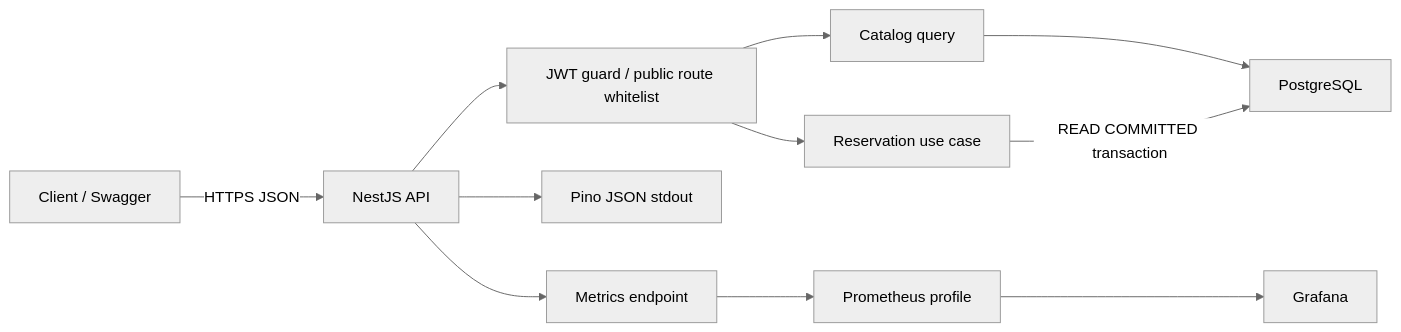
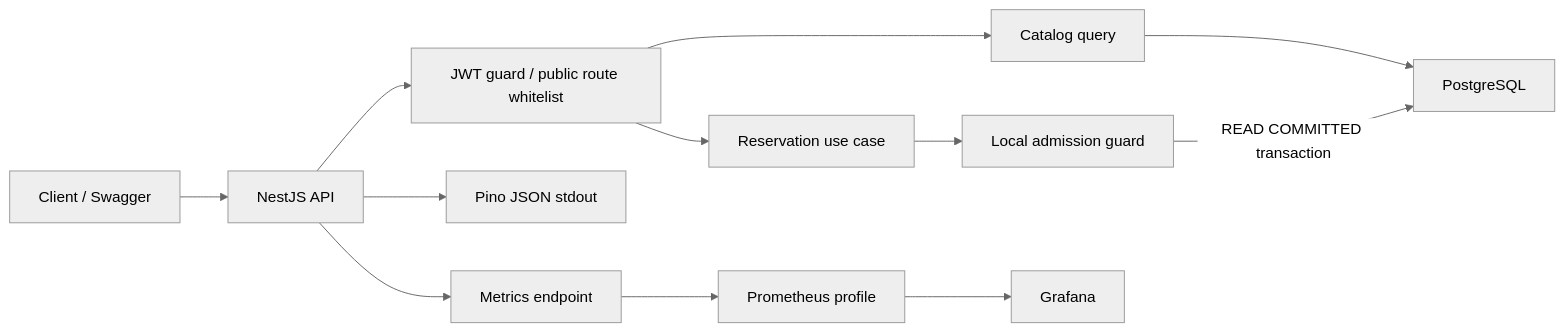
Before and after one commit to kyoooooong/reservation_system: the first of 3 diagrams in README.md, drawn with Mermaid (neutral theme). The commit also changed other lines of this file and 1 other file, not shown here.

````diff
--- a/README.md
+++ b/README.md
@@ -90,13 +60,14 @@
 ```mermaid
 flowchart LR
-    client["Client / Swagger"] -->|"HTTPS JSON"| api["NestJS API"]
-    api --> guard["JWT guard / public route whitelist"]
-    guard --> catalog["Catalog query"]
-    guard --> reservation["Reservation use case"]
+    client["Client / Swagger"] --> api["NestJS API"]
+    api --> auth["JWT guard / public route whitelist"]
+    auth --> catalog["Catalog query"]
+    auth --> reservation["Reservation use case"]
+    reservation --> admission["Local admission guard"]
     catalog --> database["PostgreSQL"]
-    reservation -->|"READ COMMITTED transaction"| database
+    admission -->|"READ COMMITTED transaction"| database
     api --> logs["Pino JSON stdout"]
     api --> metrics["Metrics endpoint"]
     metrics --> prometheus["Prometheus profile"]
     prometheus --> grafana["Grafana"]
 ```
````
